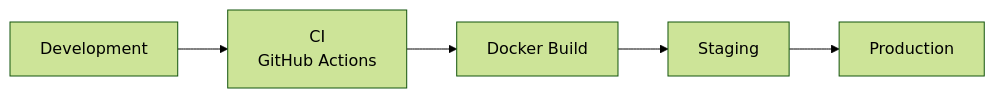
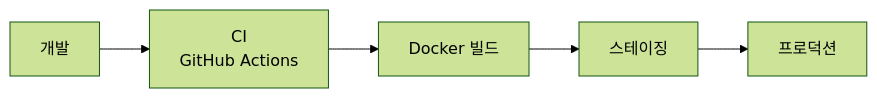
Before and after one commit to uprootai/AX_OCR: the diagram in docs-site/docs/devops/index.md, drawn with Mermaid (forest theme). The commit also changed other lines of this file and 64 other files, not shown here.

````diff
--- a/docs-site/docs/devops/index.md
+++ b/docs-site/docs/devops/index.md
@@ -11,7 +11,7 @@
 ```mermaid
 flowchart LR
-    DEV["Development"] --> CI["CI\nGitHub Actions"]
-    CI --> BUILD["Docker Build"]
-    BUILD --> STAGE["Staging"]
-    STAGE --> PROD["Production"]
+    DEV["개발"] --> CI["CI\nGitHub Actions"]
+    CI --> BUILD["Docker 빌드"]
+    BUILD --> STAGE["스테이징"]
+    STAGE --> PROD["프로덕션"]
 ```
````
